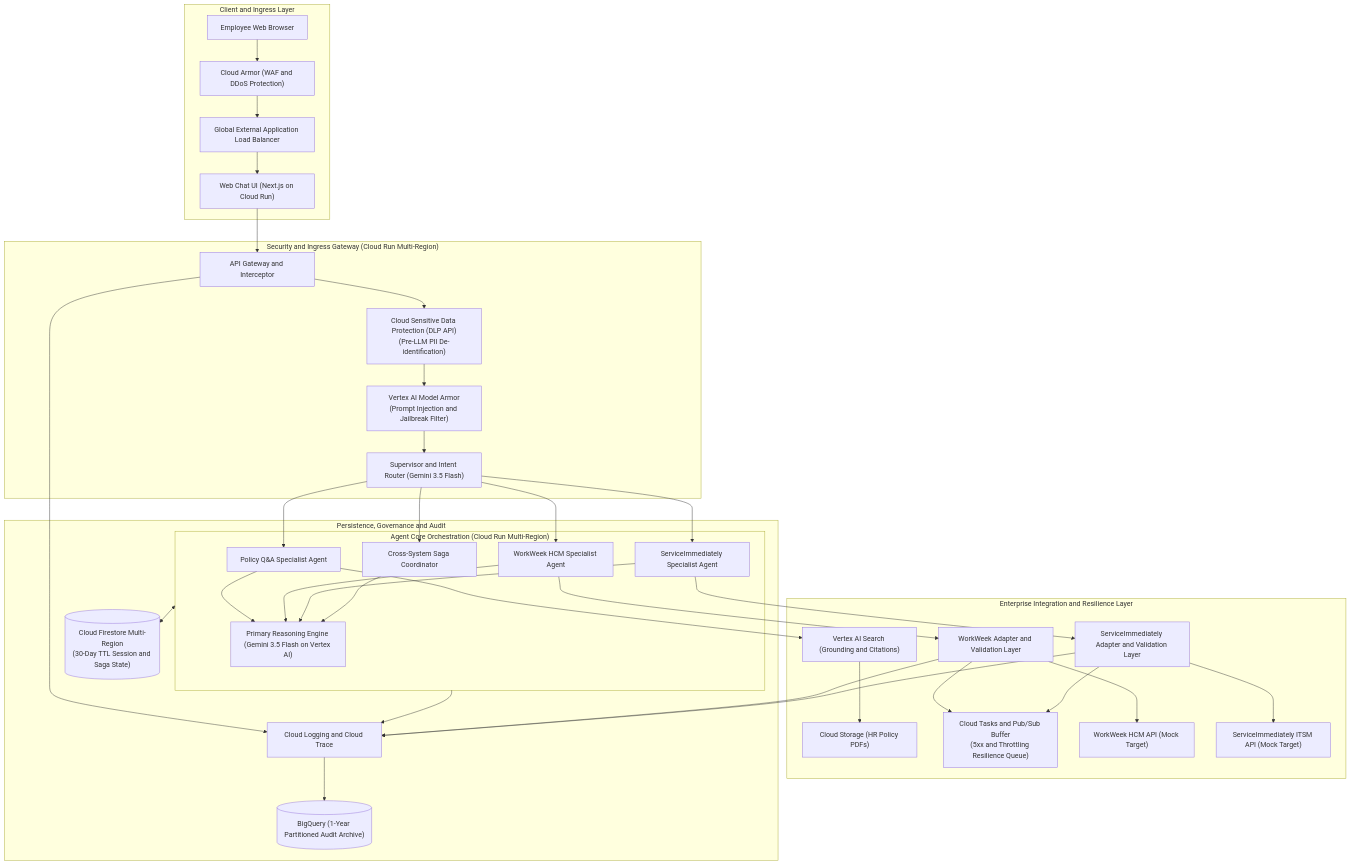
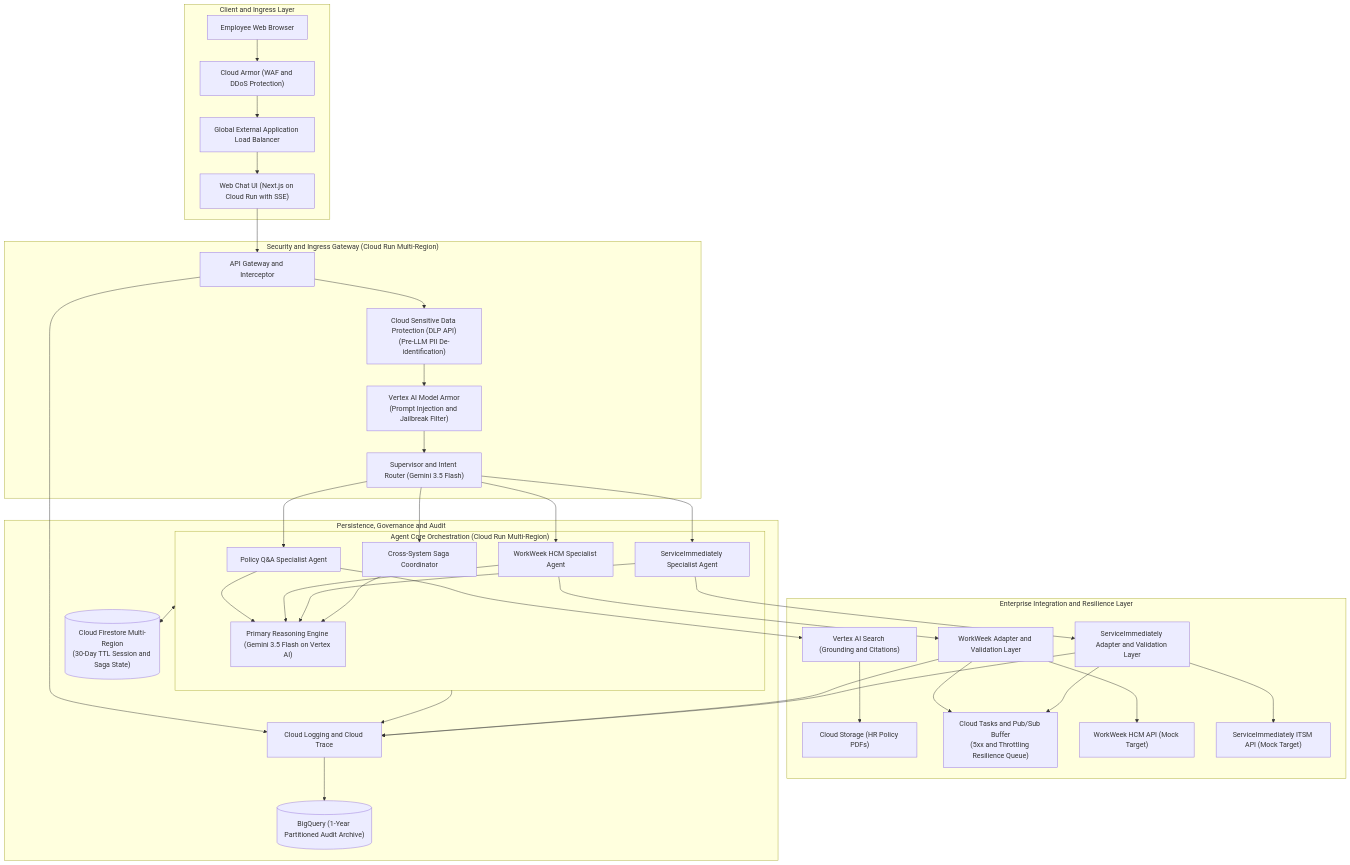
One commit to randyh0329/PRJ-ELEVATE-C1-G5 changed the second of 12 diagrams in Enterprise Agentic Solution Design Document - MVP 1.md. Above: the diagram before and after it, drawn with Mermaid. The commit also changed other lines of this file, not shown here.

````diff
--- a/Enterprise Agentic Solution Design Document - MVP 1.md
+++ b/Enterprise Agentic Solution Design Document - MVP 1.md
@@ -85,47 +86,47 @@
 ```mermaid
 flowchart TB
     subgraph ClientAndIngress["Client and Ingress Layer"]
         UserBrowser["Employee Web Browser"] --> CloudArmor["Cloud Armor (WAF and DDoS Protection)"]
         CloudArmor --> GlobalLB["Global External Application Load Balancer"]
-        GlobalLB --> ChatUI["Web Chat UI (Next.js on Cloud Run)"]
+        GlobalLB --> ChatUI["Web Chat UI (Next.js on Cloud Run with SSE)"]
     end
 
     subgraph SecurityGateway["Security and Ingress Gateway (Cloud Run Multi-Region)"]
         ChatUI --> APIGateway["API Gateway and Interceptor"]
         APIGateway --> DLP["Cloud Sensitive Data Protection (DLP API)<br>(Pre-LLM PII De-identification)"]
         DLP --> ModelArmor["Vertex AI Model Armor<br>(Prompt Injection and Jailbreak Filter)"]
         ModelArmor --> Router["Supervisor and Intent Router (Gemini 3.5 Flash)"]
     end
 
     subgraph AgentCore["Agent Core Orchestration (Cloud Run Multi-Region)"]
         Router --> PolicyAgent["Policy Q&A Specialist Agent"]
         Router --> HCMAgent["WorkWeek HCM Specialist Agent"]
         Router --> ITSMAgent["ServiceImmediately Specialist Agent"]
         Router --> SagaCoordinator["Cross-System Saga Coordinator"]
         
         PolicyAgent --> LLMReasoning["Primary Reasoning Engine (Gemini 3.5 Flash on Vertex AI)"]
         HCMAgent --> LLMReasoning
         ITSMAgent --> LLMReasoning
         SagaCoordinator --> LLMReasoning
     end
 
     subgraph IntegrationAndResilience["Enterprise Integration and Resilience Layer"]
         PolicyAgent --> VAISearch["Vertex AI Search (Grounding and Citations)"]
         VAISearch --> GCS["Cloud Storage (HR Policy PDFs)"]
         
         HCMAgent --> WWAdapter["WorkWeek Adapter and Validation Layer"]
         ITSMAgent --> SIAdapter["ServiceImmediately Adapter and Validation Layer"]
         
         WWAdapter --> CloudTasks["Cloud Tasks and Pub/Sub Buffer<br>(5xx and Throttling Resilience Queue)"]
         SIAdapter --> CloudTasks
         
         WWAdapter --> MockWW["WorkWeek HCM API (Mock Target)"]
         SIAdapter --> MockSI["ServiceImmediately ITSM API (Mock Target)"]
     end
 
     subgraph PersistenceAndGovernance["Persistence, Governance and Audit"]
         AgentCore <--> Firestore[("Cloud Firestore Multi-Region<br>(30-Day TTL Session and Saga State)")]
         APIGateway & AgentCore & WWAdapter & SIAdapter --> Logging["Cloud Logging and Cloud Trace"]
         Logging --> BigQuery[("BigQuery (1-Year Partitioned Audit Archive)")]
     end
 ```
````
